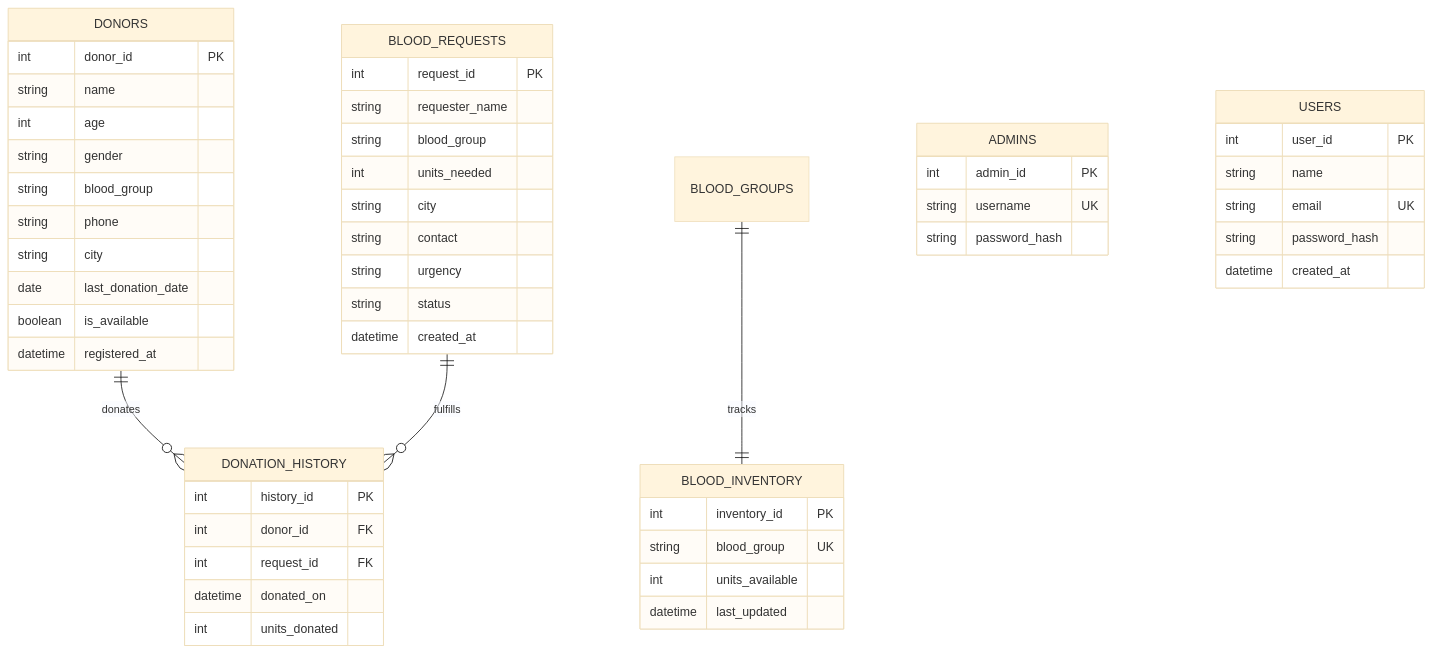
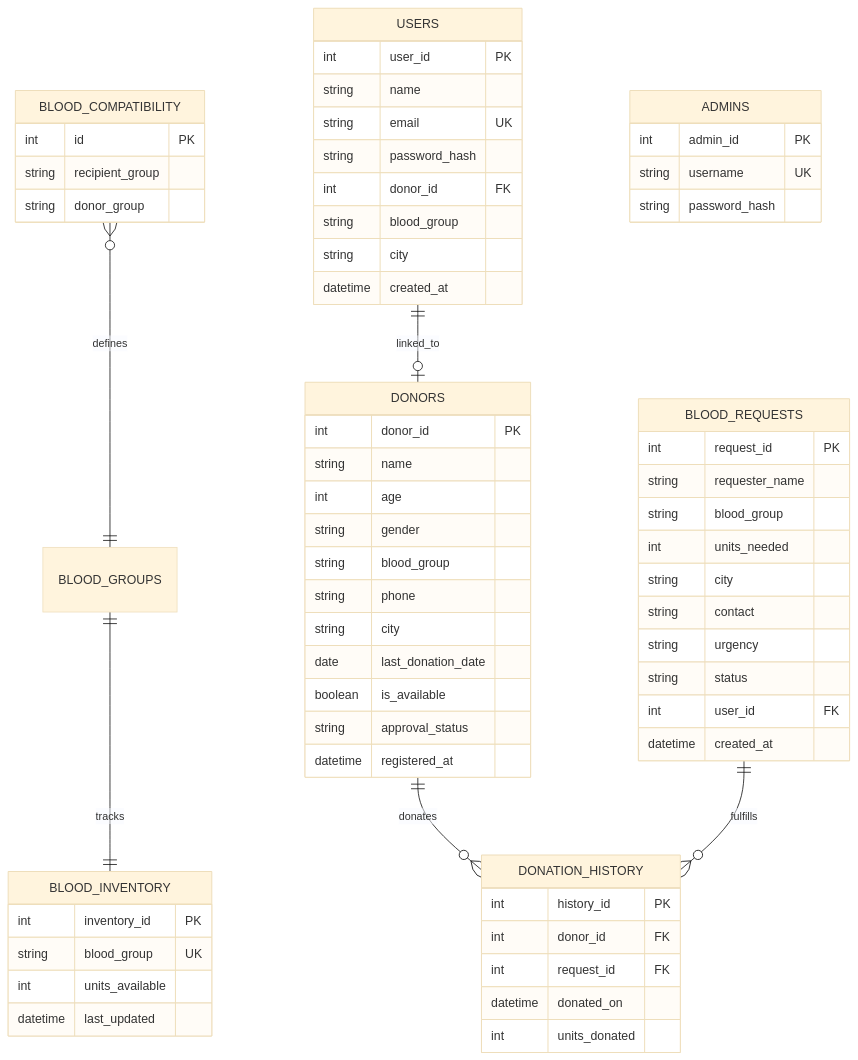
One commit to DasAbin/BloodConnect changed the diagram in README.md. Above: the diagram before and after it, drawn with Mermaid (base theme). The commit also changed other lines of this file, not shown here.

````diff
--- a/README.md
+++ b/README.md
@@ -11,60 +11,73 @@
 ```mermaid
 erDiagram
     DONORS ||--o{ DONATION_HISTORY : "donates"
     BLOOD_REQUESTS ||--o{ DONATION_HISTORY : "fulfills"
     BLOOD_GROUPS ||--|| BLOOD_INVENTORY : "tracks"
+    BLOOD_COMPATIBILITY }o--|| BLOOD_GROUPS : "defines"
+    USERS ||--o| DONORS : "linked_to"
 
     DONORS {
         int donor_id PK
         string name
         int age
         string gender
         string blood_group
         string phone
         string city
         date last_donation_date
         boolean is_available
+        string approval_status
         datetime registered_at
     }
 
     BLOOD_REQUESTS {
         int request_id PK
         string requester_name
         string blood_group
         int units_needed
         string city
         string contact
         string urgency
         string status
+        int user_id FK
         datetime created_at
     }
 
     DONATION_HISTORY {
         int history_id PK
         int donor_id FK
         int request_id FK
         datetime donated_on
         int units_donated
     }
 
     BLOOD_INVENTORY {
         int inventory_id PK
         string blood_group UK
         int units_available
         datetime last_updated
     }
 
+    BLOOD_COMPATIBILITY {
+        int id PK
+        string recipient_group
+        string donor_group
+    }
+
     ADMINS {
         int admin_id PK
         string username UK
         string password_hash
     }
 
     USERS {
         int user_id PK
         string name
         string email UK
         string password_hash
+        int donor_id FK
+        string blood_group
+        string city
         datetime created_at
     }
 ```
````
